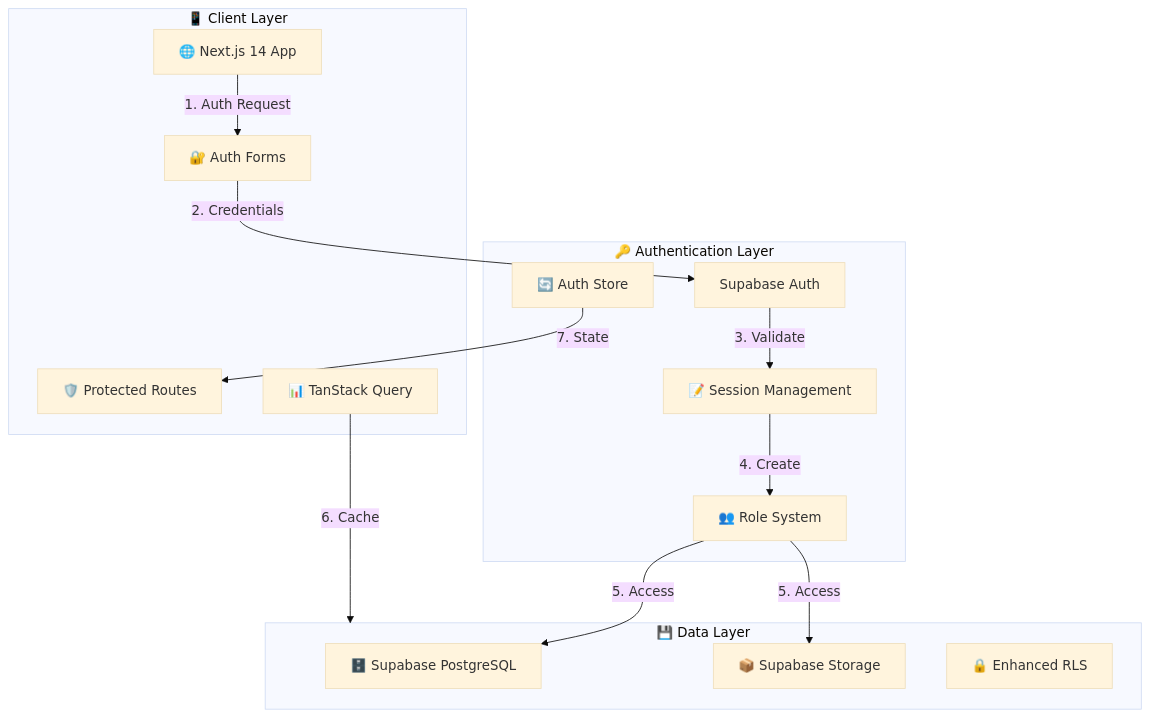
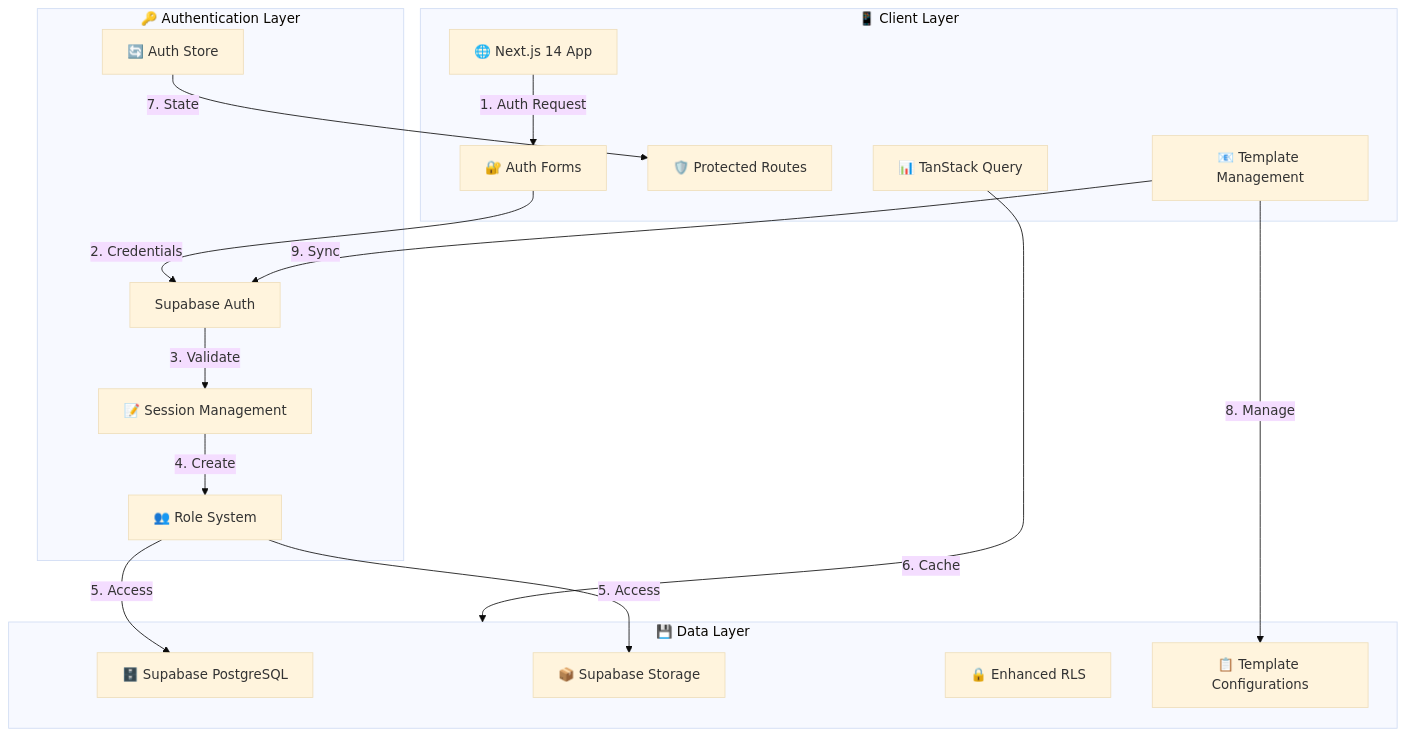
One commit to mrj0nesmtl/cloud-burst changed the first of 3 diagrams in docs/architecture/system_architecture_flowchart.md. Above: the diagram before and after it, drawn with Mermaid (base theme). The commit also changed other lines of this file and 28 other files, not shown here.

Commit message:
v0.1.17: Documentation Update - Email Template Management System and Project Structure

````diff
--- a/docs/architecture/system_architecture_flowchart.md
+++ b/docs/architecture/system_architecture_flowchart.md
@@ -8,31 +8,35 @@
 ```mermaid
 flowchart TD
     subgraph Client[📱 Client Layer]
         WebApp[🌐 Next.js 14 App]
         AuthForms[🔐 Auth Forms]
         Protected[🛡️ Protected Routes]
         TanStack[📊 TanStack Query]
+        Templates[📧 Template Management]
     end
 
     subgraph Auth[🔑 Authentication Layer]
         SupaAuth[Supabase Auth]
         Session[📝 Session Management]
         Roles[👥 Role System]
         Zustand[🔄 Auth Store]
     end
 
     subgraph Data[💾 Data Layer]
         Database[🗄️ Supabase PostgreSQL]
         Storage[📦 Supabase Storage]
         RLS[🔒 Enhanced RLS]
+        TemplateDB[📋 Template Configurations]
     end
 
     WebApp -->|1. Auth Request| AuthForms
     AuthForms -->|2. Credentials| SupaAuth
     SupaAuth -->|3. Validate| Session
     Session -->|4. Create| Roles
     Roles -->|5. Access| Database
     Roles -->|5. Access| Storage
     TanStack -->|6. Cache| Data
     Zustand -->|7. State| Protected
+    Templates -->|8. Manage| TemplateDB
+    Templates -->|9. Sync| SupaAuth
 ```
````
